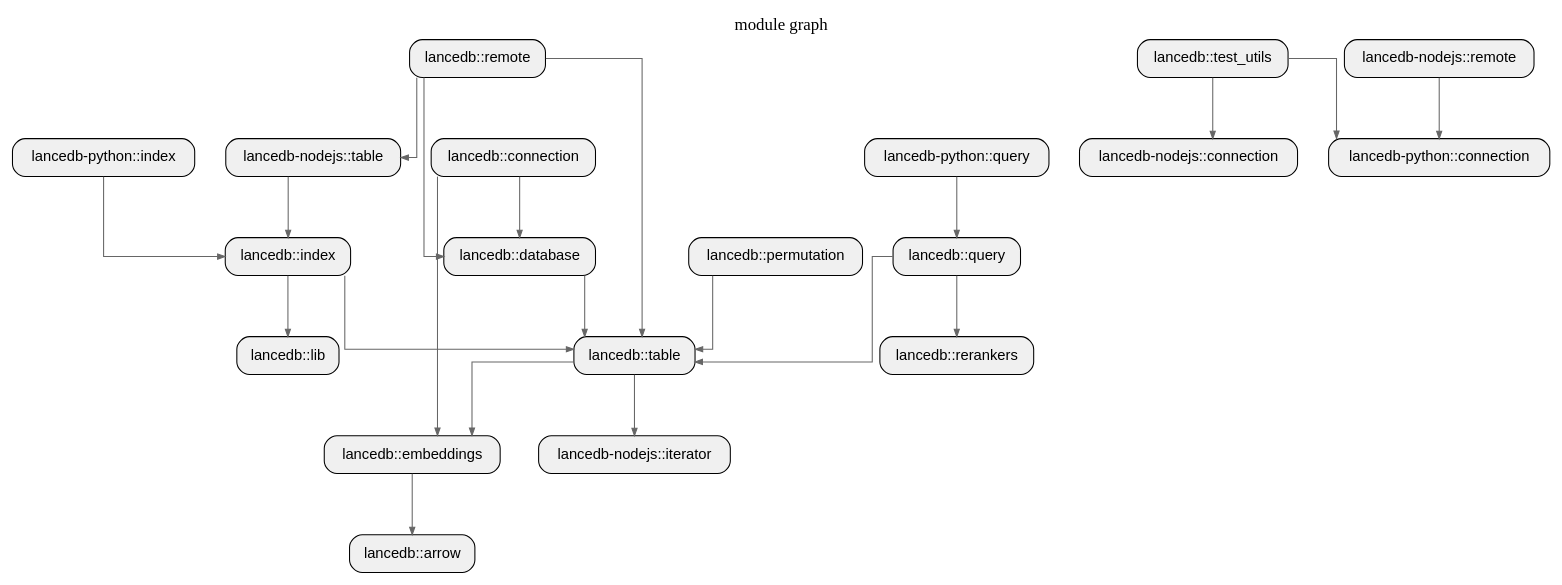
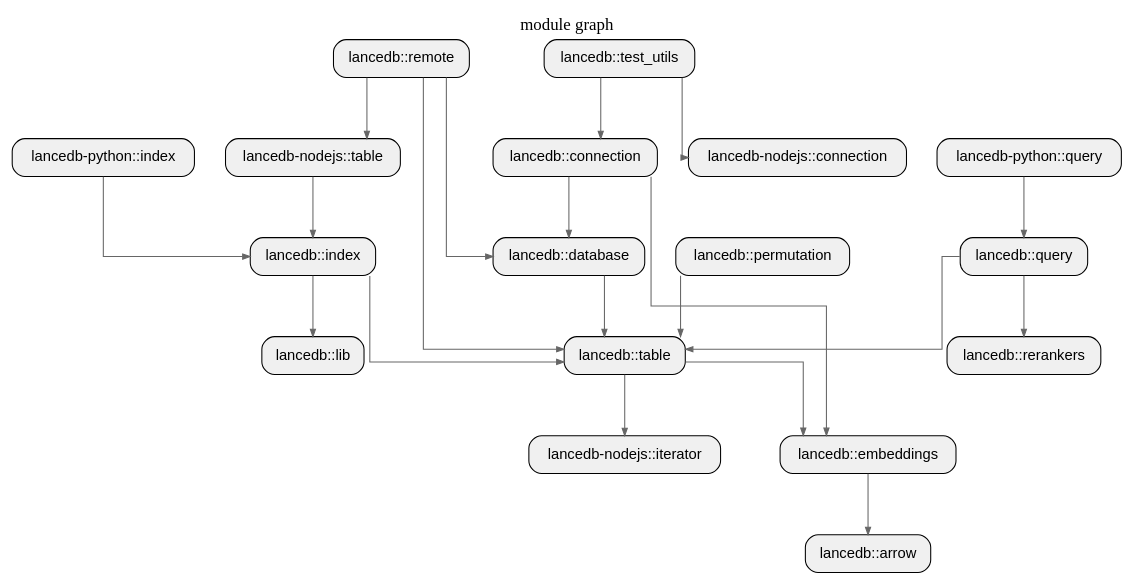
The diagram in sample/lancedb/depth_2_module.dot (allenanswerzq/llmcc), drawn with Graphviz before and after one commit. The commit also changed 215 other files, not shown here.

```diff
--- a/sample/lancedb/depth_2_module.dot
+++ b/sample/lancedb/depth_2_module.dot
@@ -1,57 +1,54 @@
 digraph architecture {
   // Layout settings
   rankdir=TB;
   ranksep=0.8;
   nodesep=0.4;
   splines=ortho;
   concentrate=true;
 
   node [shape=box, style="rounded,filled", fillcolor="#f0f0f0", fontname="Helvetica"];
   edge [color="#666666", arrowsize=0.7];
 
   label="module graph";
   labelloc=t;
   fontsize=16;
   fontname="Helvetica Bold";
 
   mod_lancedb_arrow[label="lancedb::arrow"];
   mod_lancedb_connection[label="lancedb::connection"];
   mod_lancedb_database[label="lancedb::database"];
   mod_lancedb_embeddings[label="lancedb::embeddings"];
   mod_lancedb_index[label="lancedb::index"];
   mod_lancedb_lib[label="lancedb::lib"];
   mod_lancedb_nodejs_connection[label="lancedb-nodejs::connection"];
   mod_lancedb_nodejs_iterator[label="lancedb-nodejs::iterator"];
-  mod_lancedb_nodejs_remote[label="lancedb-nodejs::remote"];
   mod_lancedb_nodejs_table[label="lancedb-nodejs::table"];
   mod_lancedb_permutation[label="lancedb::permutation"];
-  mod_lancedb_python_connection[label="lancedb-python::connection"];
   mod_lancedb_python_index[label="lancedb-python::index"];
   mod_lancedb_python_query[label="lancedb-python::query"];
   mod_lancedb_query[label="lancedb::query"];
   mod_lancedb_remote[label="lancedb::remote"];
   mod_lancedb_rerankers[label="lancedb::rerankers"];
   mod_lancedb_table[label="lancedb::table"];
   mod_lancedb_test_utils[label="lancedb::test_utils"];
 
   mod_lancedb_connection -> mod_lancedb_database;
   mod_lancedb_connection -> mod_lancedb_embeddings;
   mod_lancedb_database -> mod_lancedb_table;
   mod_lancedb_embeddings -> mod_lancedb_arrow;
   mod_lancedb_index -> mod_lancedb_lib;
   mod_lancedb_index -> mod_lancedb_table;
-  mod_lancedb_nodejs_remote -> mod_lancedb_python_connection;
   mod_lancedb_nodejs_table -> mod_lancedb_index;
   mod_lancedb_permutation -> mod_lancedb_table;
   mod_lancedb_python_index -> mod_lancedb_index;
   mod_lancedb_python_query -> mod_lancedb_query;
   mod_lancedb_query -> mod_lancedb_rerankers;
   mod_lancedb_query -> mod_lancedb_table;
   mod_lancedb_remote -> mod_lancedb_database;
   mod_lancedb_remote -> mod_lancedb_nodejs_table;
   mod_lancedb_remote -> mod_lancedb_table;
   mod_lancedb_table -> mod_lancedb_embeddings;
   mod_lancedb_table -> mod_lancedb_nodejs_iterator;
+  mod_lancedb_test_utils -> mod_lancedb_connection;
   mod_lancedb_test_utils -> mod_lancedb_nodejs_connection;
-  mod_lancedb_test_utils -> mod_lancedb_python_connection;
 }
```
